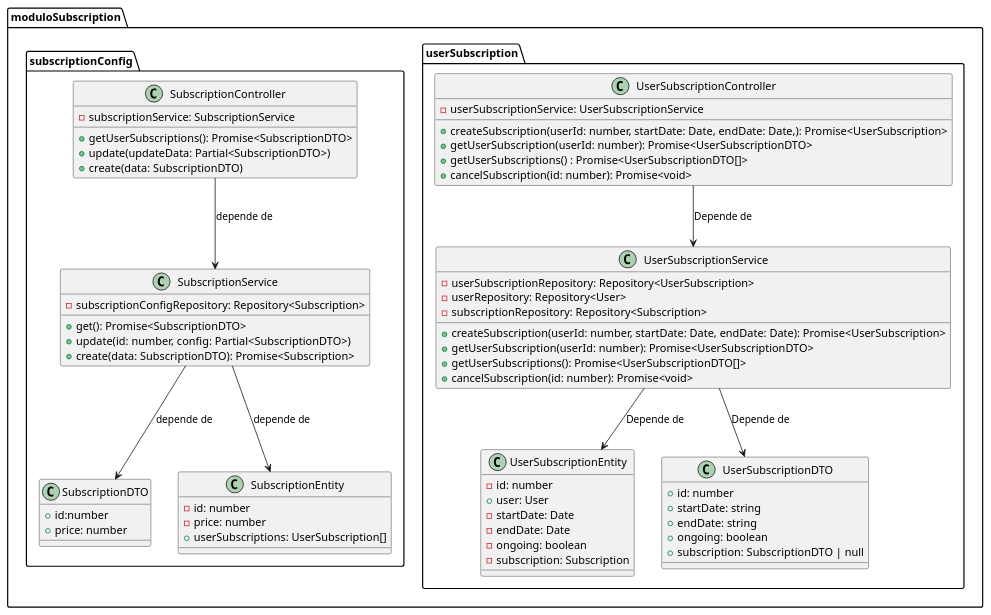
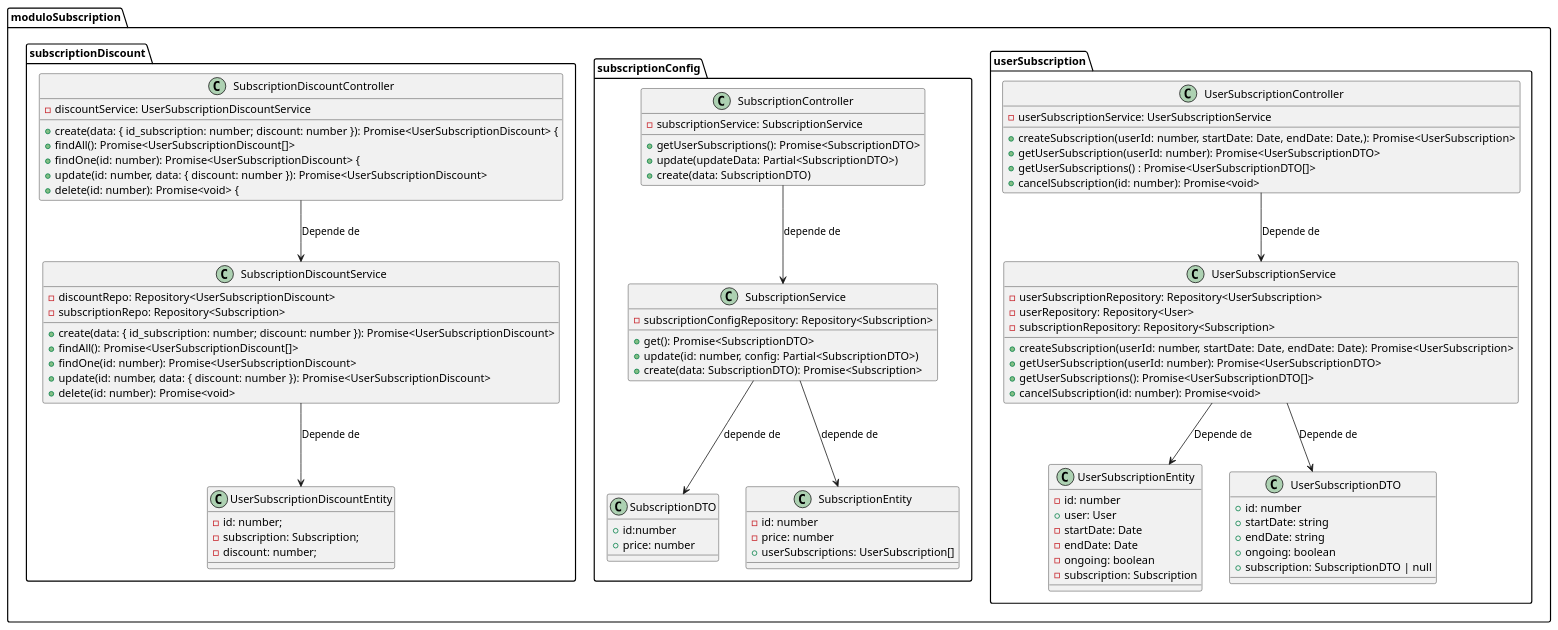
One commit to LucasFrey-tech/Biblioteca changed the diagram in documentacion/Diagrama de Clases/suscriptions/suscriptions.puml. Above: the diagram before and after it, drawn with PlantUML.

Commit message:
Diagrama Nuevo

```diff
--- a/documentacion/Diagrama de Clases/suscriptions/suscriptions.puml
+++ b/documentacion/Diagrama de Clases/suscriptions/suscriptions.puml
@@ -1,83 +1,116 @@
 @startuml
 
 package moduloSubscription {
     package userSubscription{
         class UserSubscriptionEntity {
             - id: number
             + user: User
             - startDate: Date
             - endDate: Date
             - ongoing: boolean
             - subscription: Subscription
         }
 
         class UserSubscriptionDTO {
             + id: number
             + startDate: string
             + endDate: string
             + ongoing: boolean
             + subscription: SubscriptionDTO | null
         }
 
         class UserSubscriptionService {
             - userSubscriptionRepository: Repository<UserSubscription>
             - userRepository: Repository<User>
             - subscriptionRepository: Repository<Subscription>
 
             + createSubscription(userId: number, startDate: Date, endDate: Date): Promise<UserSubscription>
             + getUserSubscription(userId: number): Promise<UserSubscriptionDTO>
             + getUserSubscriptions(): Promise<UserSubscriptionDTO[]>
             + cancelSubscription(id: number): Promise<void>
         }
 
         class UserSubscriptionController {
             - userSubscriptionService: UserSubscriptionService
 
             + createSubscription(userId: number, startDate: Date, endDate: Date,): Promise<UserSubscription>
             + getUserSubscription(userId: number): Promise<UserSubscriptionDTO>
             + getUserSubscriptions() : Promise<UserSubscriptionDTO[]>
             + cancelSubscription(id: number): Promise<void>
         }
     }
 
     package subscriptionConfig {
         class SubscriptionDTO {
             + id:number
             + price: number
         }
 
         class SubscriptionEntity {
             - id: number
             - price: number
             + userSubscriptions: UserSubscription[]
         }
 
         class SubscriptionService {
             - subscriptionConfigRepository: Repository<Subscription>
 
             + get(): Promise<SubscriptionDTO>
             + update(id: number, config: Partial<SubscriptionDTO>)
             + create(data: SubscriptionDTO): Promise<Subscription>
         }
 
         class SubscriptionController {
             - subscriptionService: SubscriptionService
 
             + getUserSubscriptions(): Promise<SubscriptionDTO>
             + update(updateData: Partial<SubscriptionDTO>)
             + create(data: SubscriptionDTO)
         }
 
     }
 
+    package subscriptionDiscount {
+        class SubscriptionDiscountController {
+            - discountService: UserSubscriptionDiscountService
+
+            + create(data: { id_subscription: number; discount: number }): Promise<UserSubscriptionDiscount> {
+            + findAll(): Promise<UserSubscriptionDiscount[]>
+            + findOne(id: number): Promise<UserSubscriptionDiscount> {
+            + update(id: number, data: { discount: number }): Promise<UserSubscriptionDiscount>
+            + delete(id: number): Promise<void> {
+        }
+
+        class SubscriptionDiscountService {
+
+            - discountRepo: Repository<UserSubscriptionDiscount>
+            - subscriptionRepo: Repository<Subscription>
+            
+            + create(data: { id_subscription: number; discount: number }): Promise<UserSubscriptionDiscount>
+            + findAll(): Promise<UserSubscriptionDiscount[]>
+            + findOne(id: number): Promise<UserSubscriptionDiscount>
+            + update(id: number, data: { discount: number }): Promise<UserSubscriptionDiscount>
+            + delete(id: number): Promise<void>
+        }
+
+        class UserSubscriptionDiscountEntity {
+            - id: number;
+            - subscription: Subscription;
+            - discount: number;
+        }
+    }
+
 }
 
 ' relaciones
 UserSubscriptionService --> UserSubscriptionEntity : Depende de
 UserSubscriptionService --> UserSubscriptionDTO : Depende de
 UserSubscriptionController --> UserSubscriptionService : Depende de
 
 SubscriptionService --> SubscriptionEntity : depende de
 SubscriptionService --> SubscriptionDTO : depende de
 SubscriptionController --> SubscriptionService : depende de
+
+SubscriptionDiscountController --> SubscriptionDiscountService : Depende de
+SubscriptionDiscountService --> UserSubscriptionDiscountEntity : Depende de  
 @enduml
```
